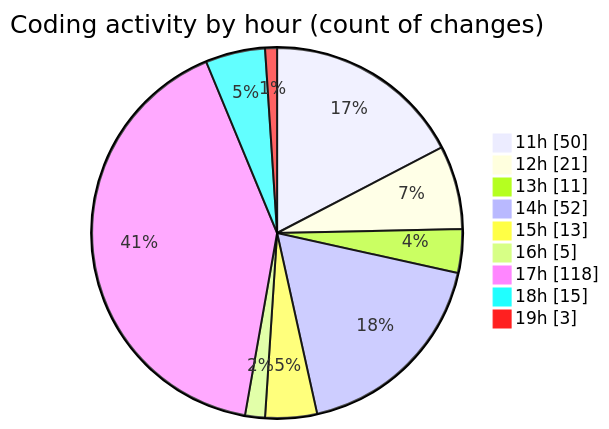
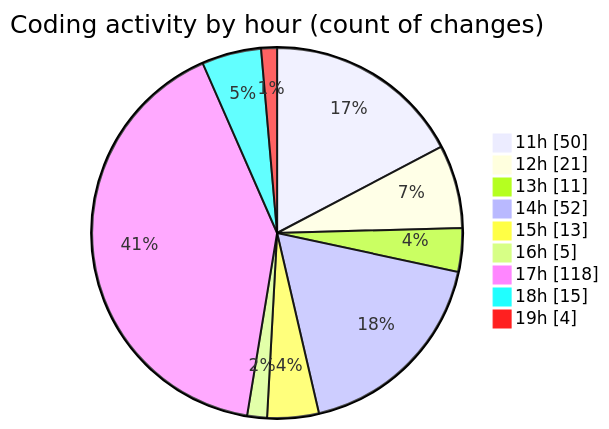
One commit to tmsrecording-cyber/code-tracking changed the second of 2 diagrams in 2026-02-06/singularitybrainai/README.md. Above: the diagram before and after it, drawn with Mermaid. The commit also changed other lines of this file and 1 other file, not shown here.

````diff
--- a/2026-02-06/singularitybrainai/README.md
+++ b/2026-02-06/singularitybrainai/README.md
@@ -47,13 +47,13 @@
 ```mermaid
 pie showData
 title Coding activity by hour (count of changes)
 "11h" : 50
 "12h" : 21
 "13h" : 11
 "14h" : 52
 "15h" : 13
 "16h" : 5
 "17h" : 118
 "18h" : 15
-"19h" : 3
+"19h" : 4
 ```
````
